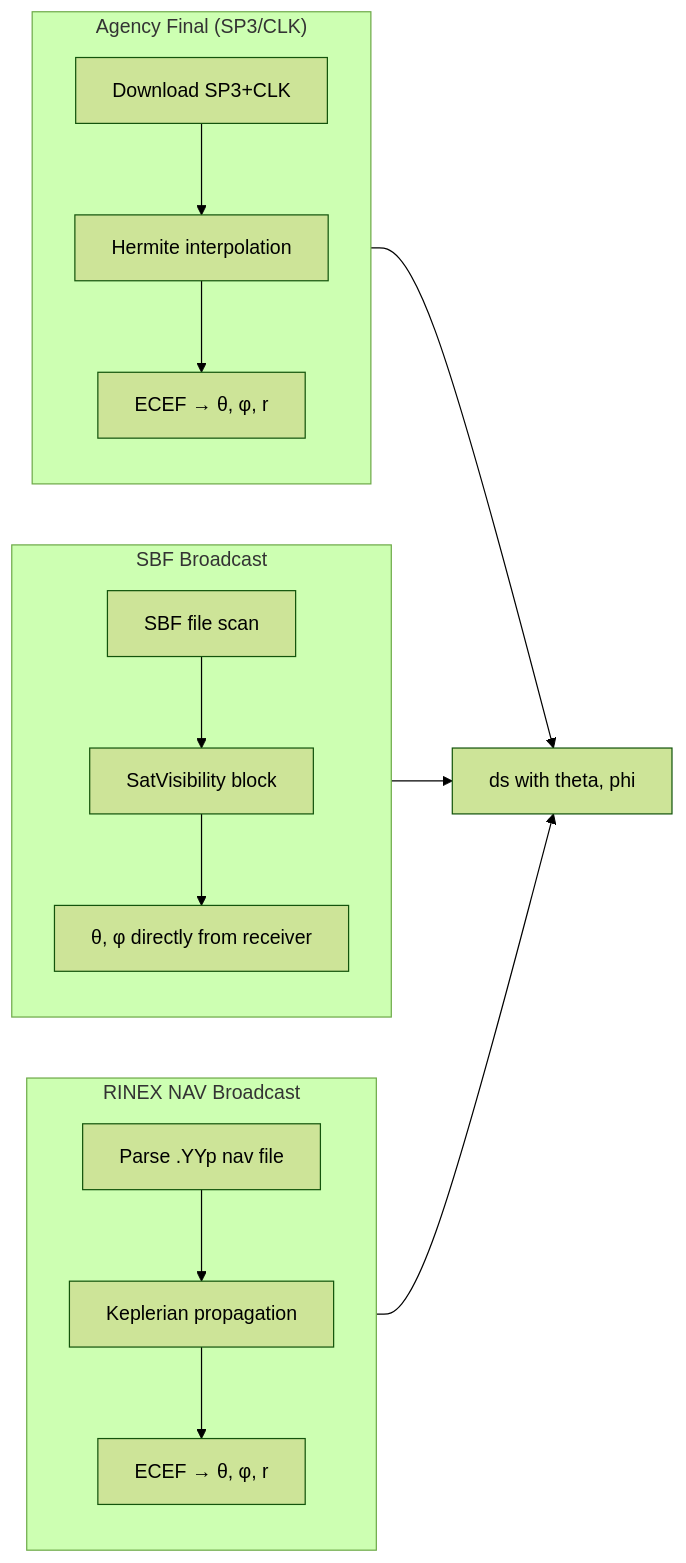
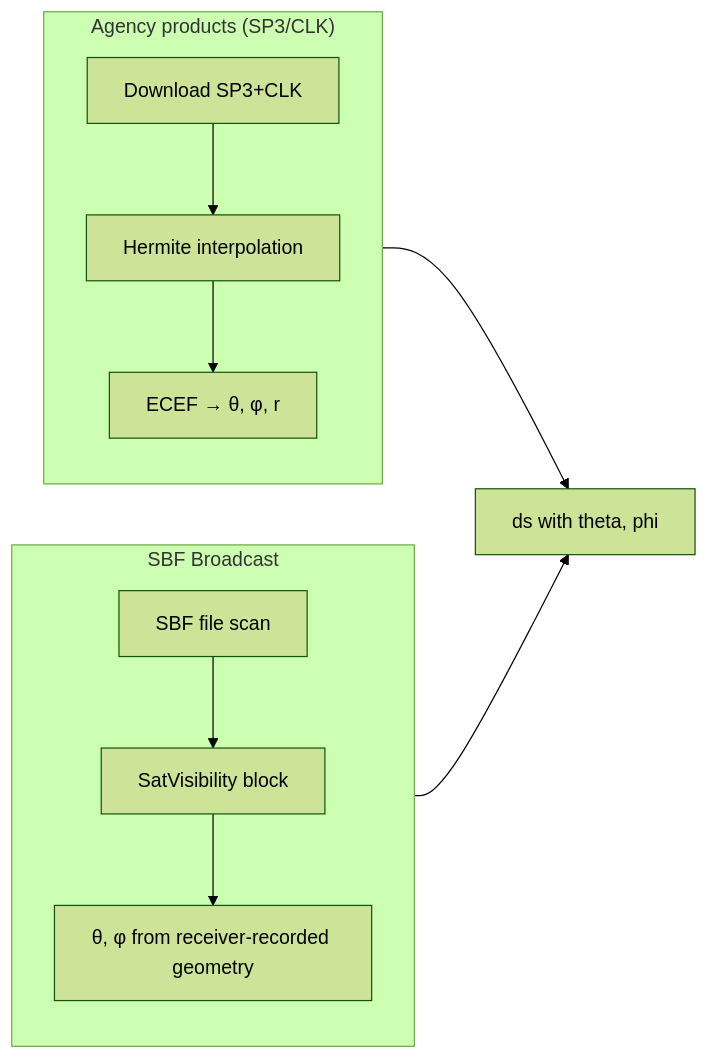
Before and after one commit to nfb2021/canvodpy: the first of 2 diagrams in docs/guides/api-levels.md, drawn with Mermaid (forest theme). The commit also changed other lines of this file and 55 other files, not shown here.

````diff
--- a/docs/guides/api-levels.md
+++ b/docs/guides/api-levels.md
@@ -191,21 +294,15 @@
 ```mermaid
 flowchart LR
-    subgraph Agency["Agency Final (SP3/CLK)"]
+    subgraph Agency["Agency products (SP3/CLK)"]
         A1[Download SP3+CLK] --> A2[Hermite interpolation]
         A2 --> A3["ECEF → θ, φ, r"]
     end
 
     subgraph SBF["SBF Broadcast"]
         B1["SBF file scan"] --> B2["SatVisibility block"]
-        B2 --> B3["θ, φ directly from receiver"]
-    end
-
-    subgraph NAV["RINEX NAV Broadcast"]
-        C1["Parse .YYp nav file"] --> C2["Keplerian propagation"]
-        C2 --> C3["ECEF → θ, φ, r"]
+        B2 --> B3["θ, φ from receiver-recorded geometry"]
     end
 
     Agency --> DS["ds with theta, phi"]
     SBF --> DS
-    NAV --> DS
 ```
````
